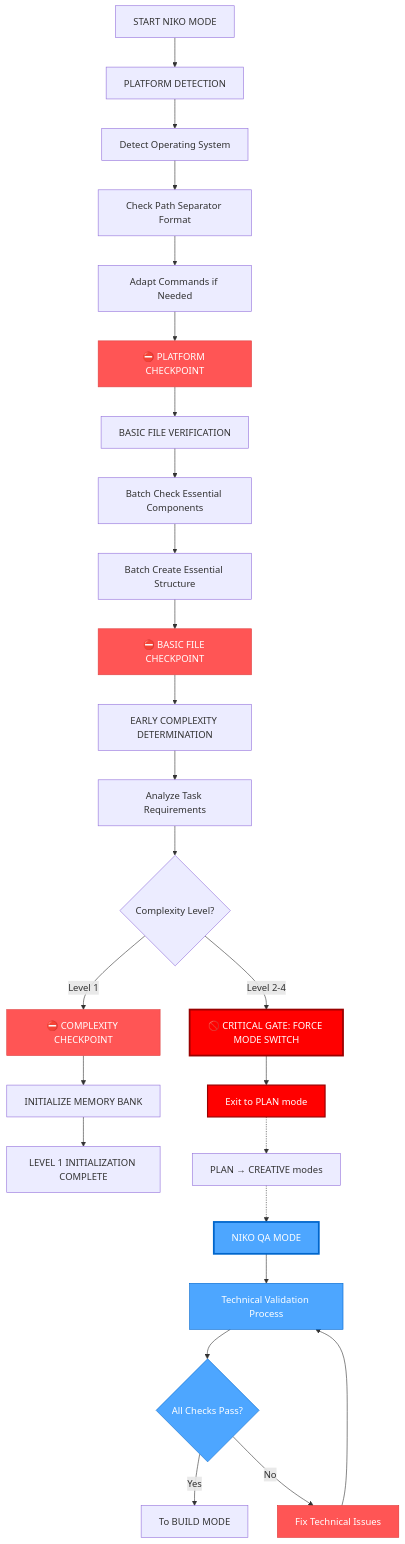
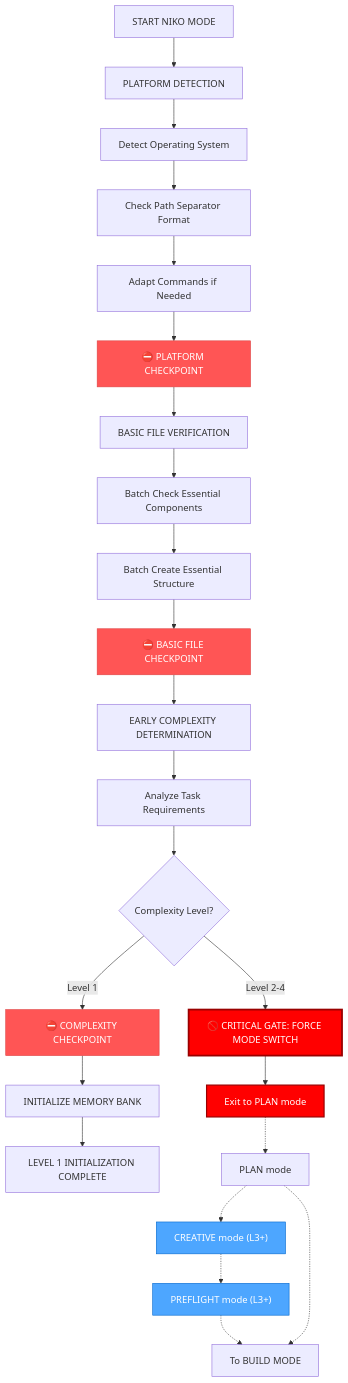
The first of 9 diagrams in rulesets/niko/niko/visual-maps/van-mode-map.mdc (Texarkanine/.cursor-rules), drawn with Mermaid before and after one commit. The commit also changed other lines of this file and 12 other files, not shown here.

````diff
--- a/rulesets/niko/niko/visual-maps/van-mode-map.mdc
+++ b/rulesets/niko/niko/visual-maps/van-mode-map.mdc
@@ -12,48 +12,44 @@
 ```mermaid
 graph TD
     Start["START NIKO MODE"] --> PlatformDetect["PLATFORM DETECTION"]
     PlatformDetect --> DetectOS["Detect Operating System"]
     DetectOS --> CheckPath["Check Path Separator Format"]
     CheckPath --> AdaptCmds["Adapt Commands if Needed"]
     AdaptCmds --> PlatformCP["⛔ PLATFORM CHECKPOINT"]
 
     %% Basic File Verification with checkpoint
     PlatformCP --> BasicFileVerify["BASIC FILE VERIFICATION"]
     BasicFileVerify --> BatchCheck["Batch Check Essential Components"]
     BatchCheck --> BatchCreate["Batch Create Essential Structure"]
     BatchCreate --> BasicFileCP["⛔ BASIC FILE CHECKPOINT"]
 
     %% Early Complexity Determination
     BasicFileCP --> EarlyComplexity["EARLY COMPLEXITY DETERMINATION"]
     EarlyComplexity --> AnalyzeTask["Analyze Task Requirements"]
     AnalyzeTask --> EarlyLevelCheck{"Complexity Level?"}
 
     %% Level handling paths
     EarlyLevelCheck -->|"Level 1"| ComplexityCP["⛔ COMPLEXITY CHECKPOINT"]
     EarlyLevelCheck -->|"Level 2-4"| CRITICALGATE["🚫 CRITICAL GATE: FORCE MODE SWITCH"]
     CRITICALGATE --> ForceExit["Exit to PLAN mode"]
 
     %% Level 1 continues normally
     ComplexityCP --> InitSystem["INITIALIZE MEMORY BANK"]
     InitSystem --> Complete1["LEVEL 1 INITIALIZATION COMPLETE"]
 
-    %% For Level 2+ tasks after PLAN and CREATIVE modes
-    ForceExit -.-> OtherModes["PLAN → CREATIVE modes"]
-    OtherModes -.-> VANQA["NIKO QA MODE"]
-    VANQA --> QAProcess["Technical Validation Process"]
-    QAProcess --> QACheck{"All Checks Pass?"}
-    QACheck -->|"Yes"| BUILD["To BUILD MODE"]
-    QACheck -->|"No"| FixIssues["Fix Technical Issues"]
-    FixIssues --> QAProcess
+    %% For Level 2+ tasks after PLAN mode
+    ForceExit -.-> OtherModes["PLAN mode"]
+    OtherModes -.-> Creative["CREATIVE mode (L3+)"]
+    Creative -.-> Preflight["PREFLIGHT mode (L3+)"]
+    Preflight -.-> BUILD["To BUILD MODE"]
+    OtherModes -.-> BUILD
 
     %% Style nodes
     style PlatformCP fill:#f55,stroke:#d44,color:white
     style BasicFileCP fill:#f55,stroke:#d44,color:white
     style ComplexityCP fill:#f55,stroke:#d44,color:white
     style CRITICALGATE fill:#ff0000,stroke:#990000,color:white,stroke-width:3px
     style ForceExit fill:#ff0000,stroke:#990000,color:white,stroke-width:2px
-    style VANQA fill:#4da6ff,stroke:#0066cc,color:white,stroke-width:3px
-    style QAProcess fill:#4da6ff,stroke:#0066cc,color:white
-    style QACheck fill:#4da6ff,stroke:#0066cc,color:white
-    style FixIssues fill:#ff5555,stroke:#dd3333,color:white
+    style Creative fill:#4da6ff,stroke:#0066cc,color:white
+    style Preflight fill:#4da6ff,stroke:#0066cc,color:white
 ```
````
